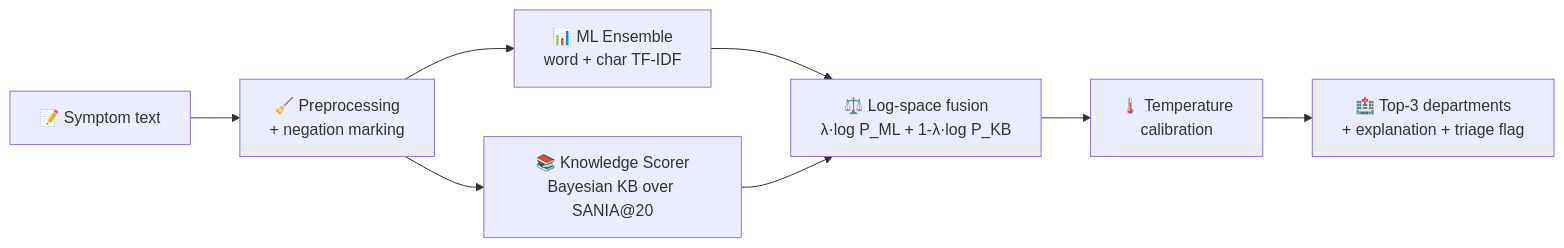
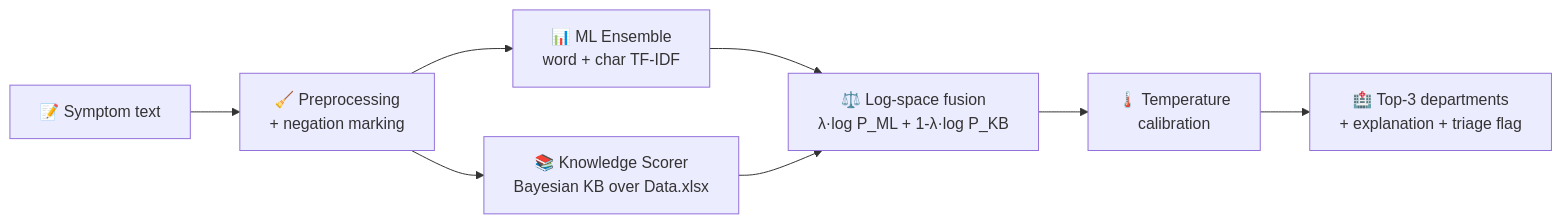
The diagram in README.md (bidyutpaul/docpredic_ml), drawn with Mermaid before and after one commit. The commit also changed other lines of this file and 39 other files, not shown here.

````diff
--- a/README.md
+++ b/README.md
@@ -63,10 +63,10 @@
 ```mermaid
 flowchart LR
     A[📝 Symptom text] --> B[🧹 Preprocessing<br/>+ negation marking]
     B --> C1[📊 ML Ensemble<br/>word + char TF-IDF]
-    B --> C2[📚 Knowledge Scorer<br/>Bayesian KB over SANIA@20]
+    B --> C2[📚 Knowledge Scorer<br/>Bayesian KB over Data.xlsx]
     C1 --> D[⚖️ Log-space fusion<br/>λ·log P_ML + 1-λ·log P_KB]
     C2 --> D
     D --> E[🌡️ Temperature<br/>calibration]
     E --> F[🏥 Top-3 departments<br/>+ explanation + triage flag]
 ```
````
